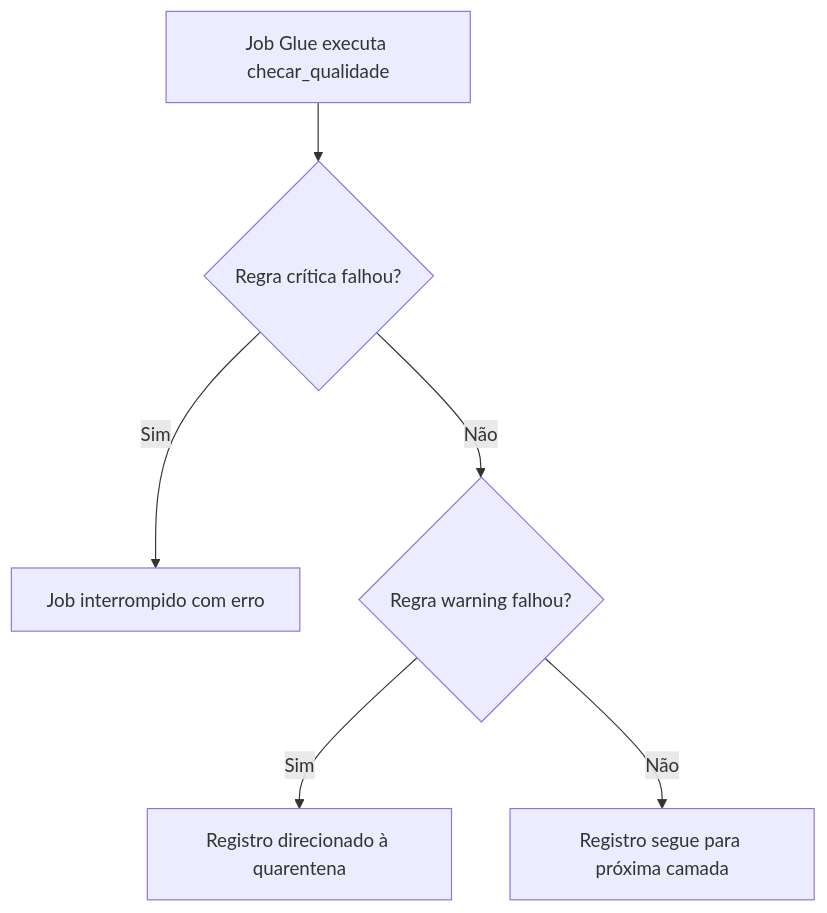
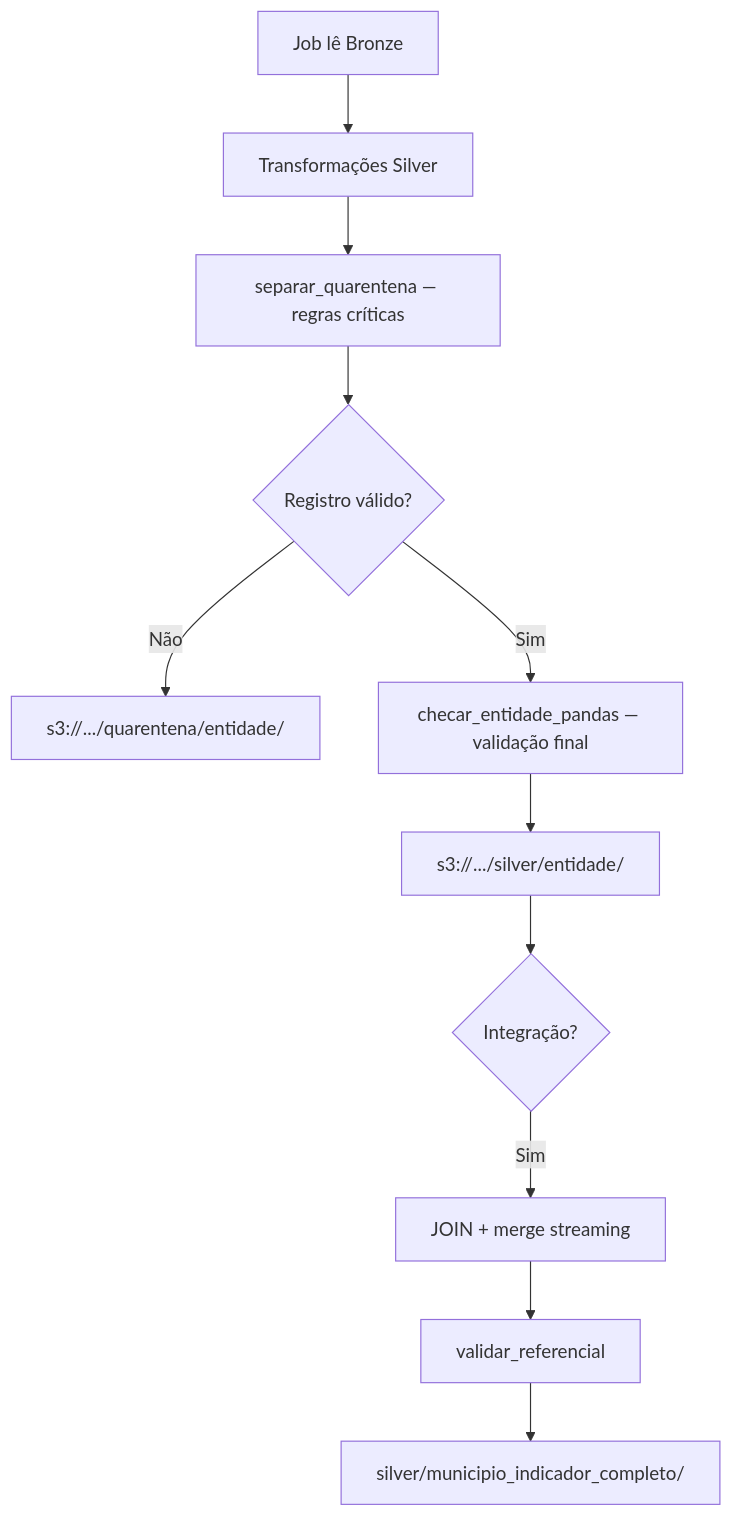
Before and after one commit to JhowSantiago/-IAST---Tech-Challenge---Fase-2: the diagram in pipeline-alfabetizacao/docs/regras-qualidade.md, drawn with Mermaid. The commit also changed other lines of this file, not shown here.

First line of the commit message:
docs(06): documenta DQ e transformacoes da camada Silver

````diff
--- a/pipeline-alfabetizacao/docs/regras-qualidade.md
+++ b/pipeline-alfabetizacao/docs/regras-qualidade.md
@@ -65,8 +131,13 @@
 ```mermaid
 flowchart TD
-    A[Job Glue executa checar_qualidade] --> B{Regra crítica falhou?}
-    B -->|Sim| C[Job interrompido com erro]
-    B -->|Não| D{Regra warning falhou?}
-    D -->|Sim| E[Registro direcionado à quarentena]
-    D -->|Não| F[Registro segue para próxima camada]
+    A[Job lê Bronze] --> B[Transformações Silver]
+    B --> C[separar_quarentena — regras críticas]
+    C --> D{Registro válido?}
+    D -->|Não| E[s3://.../quarentena/entidade/]
+    D -->|Sim| F[checar_entidade_pandas — validação final]
+    F --> G[s3://.../silver/entidade/]
+    G --> H{Integração?}
+    H -->|Sim| I[JOIN + merge streaming]
+    I --> J[validar_referencial]
+    J --> K[silver/municipio_indicador_completo/]
 ```
````
